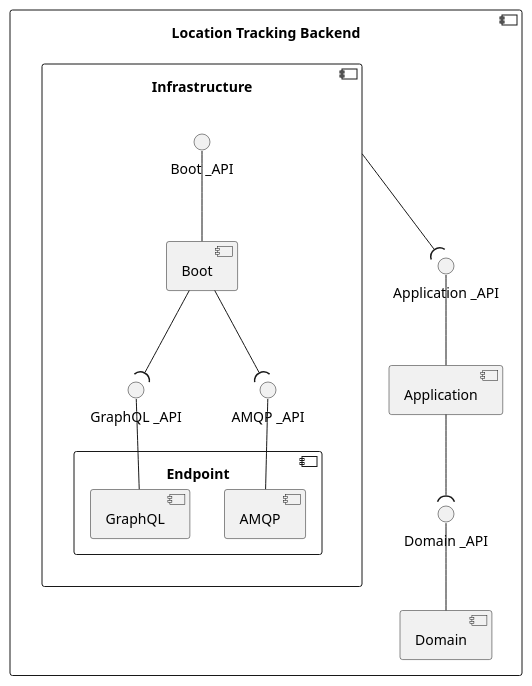
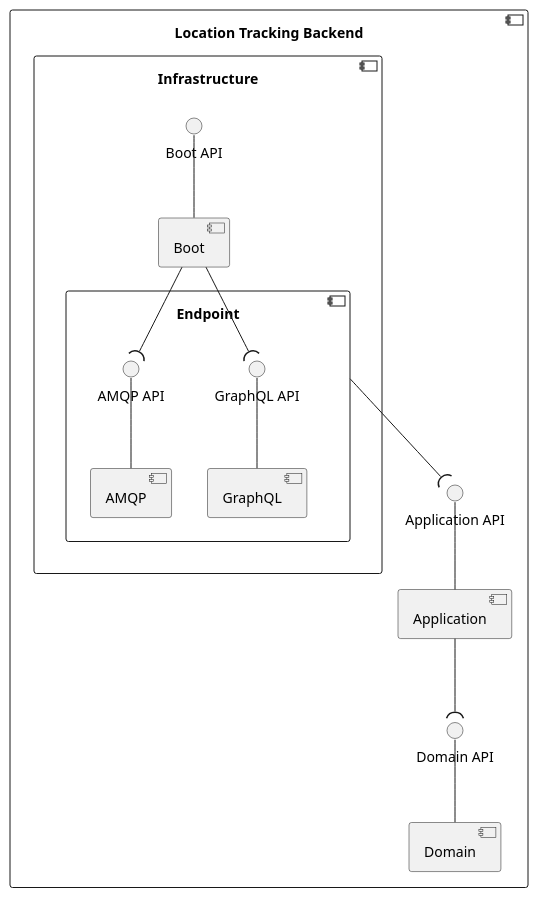
Before and after one commit to FilipeMCruz/sensae-console: the diagram in docs/diagrams/logical-view-level3-location-tracking-backend copy.pu, drawn with PlantUML. The commit also changed 20 other files, not shown here.

```diff
--- a/docs/diagrams/logical-view-level3-location-tracking-backend copy.pu
+++ b/docs/diagrams/logical-view-level3-location-tracking-backend copy.pu
@@ -1,34 +1,36 @@
 @startuml logical-view-level3-location-tracking-backend
 
 skinparam Monochrome true
 
 component "Location Tracking Backend" {
-    component "Domain" as D
-    component "Application" as As
-    component "Infrastructure" as IF {
-        component "Boot" as Bt
-        component "Endpoint" as EP {
-            component "GraphQL" as RWS
-            component "AMQP" as EL
+    component "Domain" as DOM
+    component "Application" as APP
+    component "Infrastructure" as INFRA {
+        component "Boot" as BOOT
+        component "Endpoint" as ENDPOINT {
+            component "GraphQL" as GRAPH
+            component "AMQP" as AMQP
+            interface "GraphQL API" as GRAPH_API
+            interface "AMQP API" as AMQP_API
         }
-        () "Boot _API" as Bt_API
-        () "GraphQL _API" as RWS_API
-        () "AMQP _API" as EL_API
+        interface "Boot API" as BOOT_API
     }
 
-    () "Domain _API" as D_API
-    () "Application _API" as As_API
+    interface "Domain API" as DOM_API
+    interface "Application API" as APP_API
 
-    D_API -- D
-    As_API -- As
-    Bt_API -- Bt
-    EL_API -- EL
-    RWS_API -- RWS
+    DOM_API -- DOM
+    APP_API -- APP
+    BOOT_API -- BOOT
+    AMQP_API -- AMQP
+    GRAPH_API -- GRAPH
 
-    As --( D_API
-    IF --( As_API
-    Bt --( RWS_API
-    Bt --( EL_API
+    APP --( DOM_API
+    BOOT --( GRAPH_API
+    BOOT --( AMQP_API
+
+    ENDPOINT --( APP_API
+
 }
 
 @enduml
```
